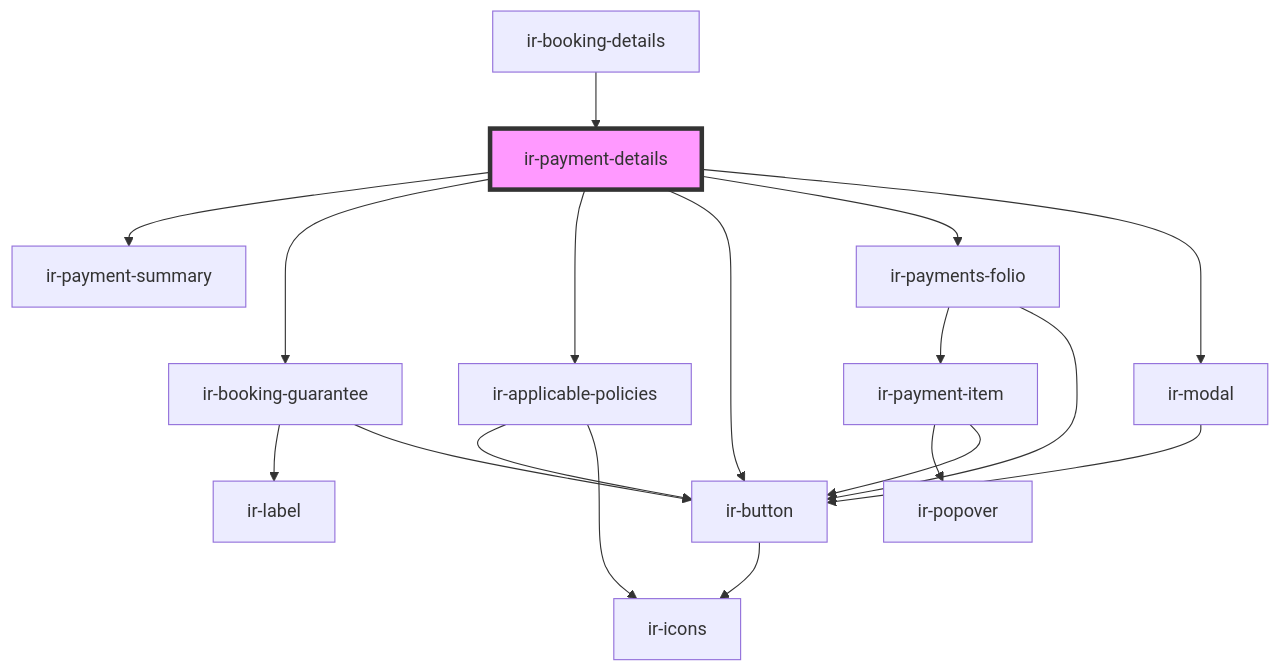
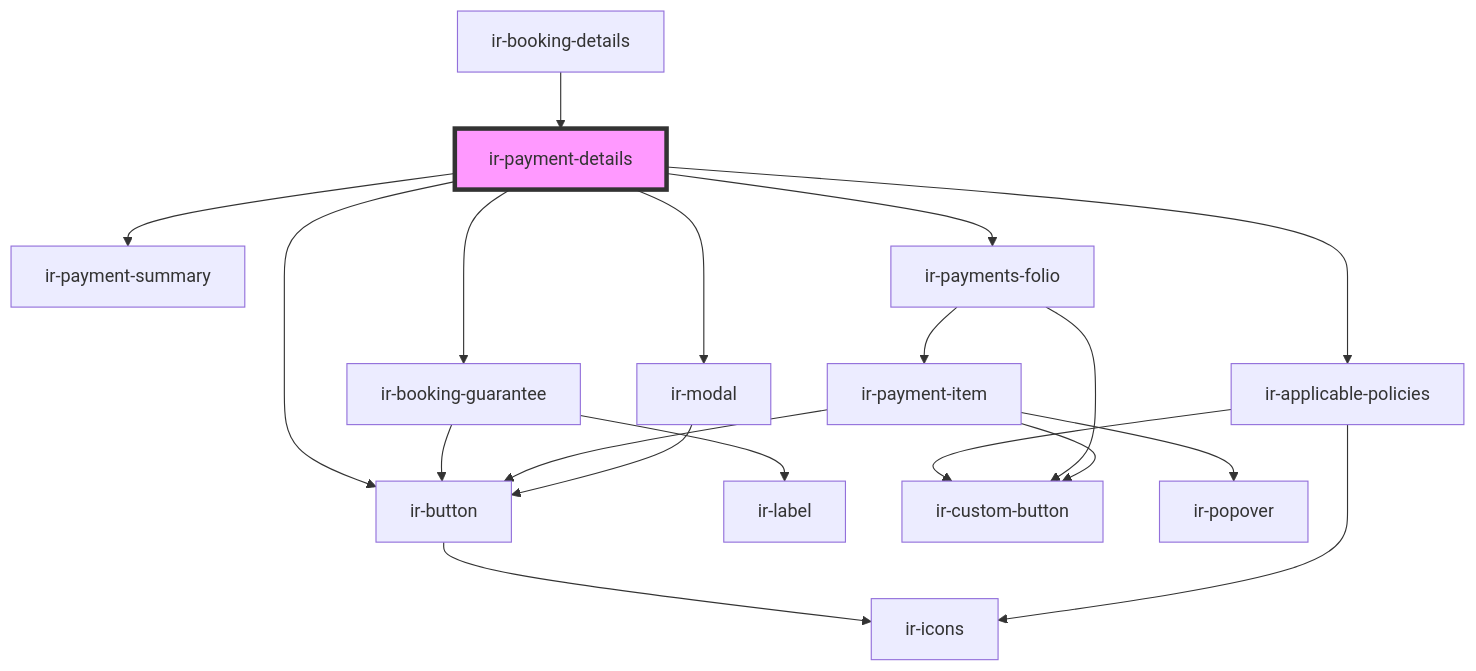
One commit to David1Chowaifaty/modified-ir-webcmp changed the diagram in src/components/ir-booking-details/ir-payment-details/readme.md. Above: the diagram before and after it, drawn with Mermaid. The commit also changed other lines of this file and 70 other files, not shown here.

````diff
--- a/src/components/ir-booking-details/ir-payment-details/readme.md
+++ b/src/components/ir-booking-details/ir-payment-details/readme.md
@@ -44,21 +45,22 @@
 ```mermaid
 graph TD;
   ir-payment-details --> ir-payment-summary
   ir-payment-details --> ir-booking-guarantee
   ir-payment-details --> ir-applicable-policies
   ir-payment-details --> ir-button
   ir-payment-details --> ir-payments-folio
   ir-payment-details --> ir-modal
   ir-booking-guarantee --> ir-label
   ir-booking-guarantee --> ir-button
   ir-button --> ir-icons
-  ir-applicable-policies --> ir-button
+  ir-applicable-policies --> ir-custom-button
   ir-applicable-policies --> ir-icons
   ir-payments-folio --> ir-payment-item
-  ir-payments-folio --> ir-button
+  ir-payments-folio --> ir-custom-button
   ir-payment-item --> ir-popover
   ir-payment-item --> ir-button
+  ir-payment-item --> ir-custom-button
   ir-modal --> ir-button
   ir-booking-details --> ir-payment-details
   style ir-payment-details fill:#f9f,stroke:#333,stroke-width:4px
 ```
````
